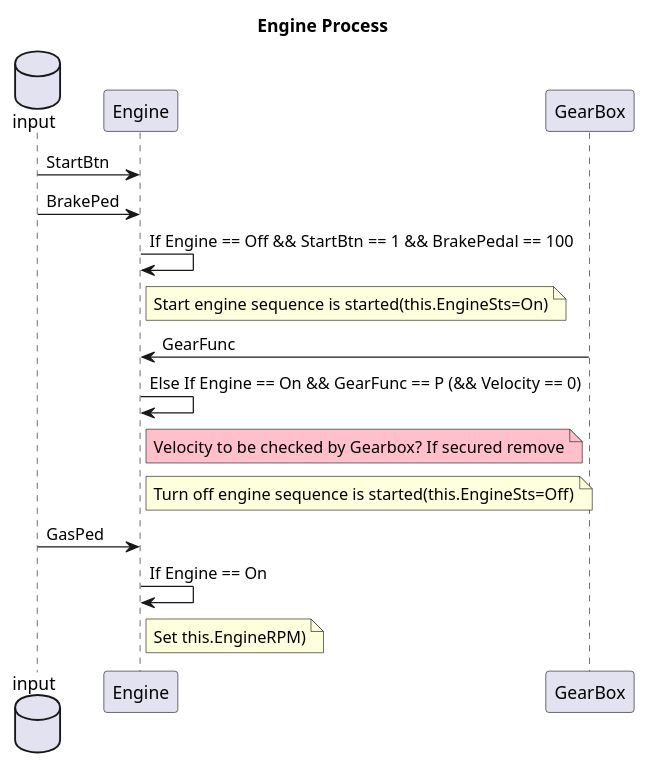
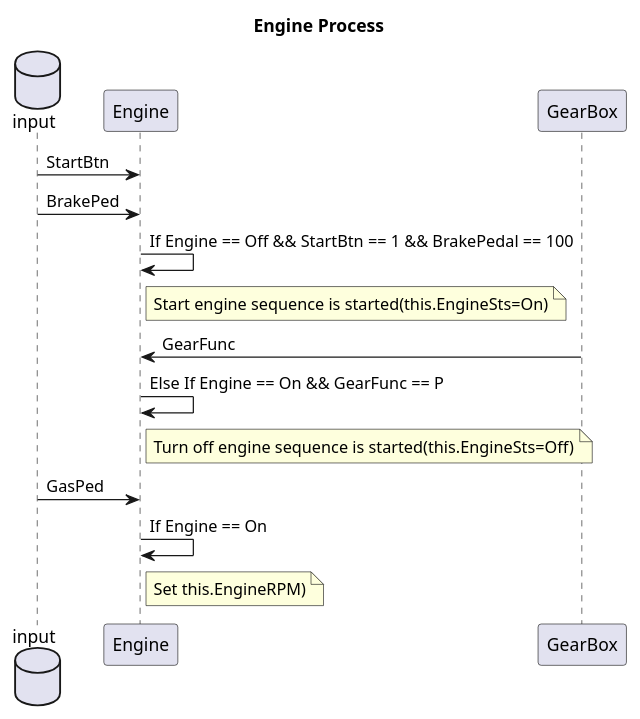
The diagram in docs/src/sequence_engine.wsd (SubspaceBob/bootcamp_project), drawn with PlantUML before and after one commit. The commit also changed 1 other file, not shown here.

Commit message:
Added further logic, check of brake pedal and p-gear for engine on/off

```diff
--- a/docs/src/sequence_engine.wsd
+++ b/docs/src/sequence_engine.wsd
@@ -1,21 +1,20 @@
 @startuml 
 title Engine Process
 database input
 
 Engine <- input : StartBtn
 Engine <- input : BrakePed
 
 Engine -> Engine : If Engine == Off && StartBtn == 1 && BrakePedal == 100
 note right of Engine : Start engine sequence is started(this.EngineSts=On)
 
 Engine <- GearBox : GearFunc
-Engine -> Engine : Else If Engine == On && GearFunc == P (&& Velocity == 0)
-note right of Engine #pink : Velocity to be checked by Gearbox? If secured remove
+Engine -> Engine : Else If Engine == On && GearFunc == P
 note right of Engine : Turn off engine sequence is started(this.EngineSts=Off)
 
 Engine <- input : GasPed
 Engine -> Engine : If Engine == On
 note right of Engine : Set this.EngineRPM)
 
 
 @enduml
```
